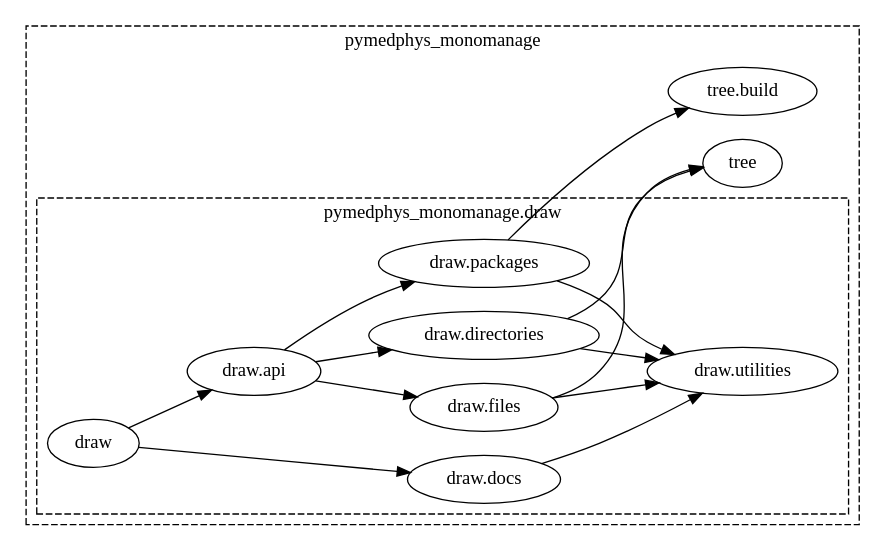
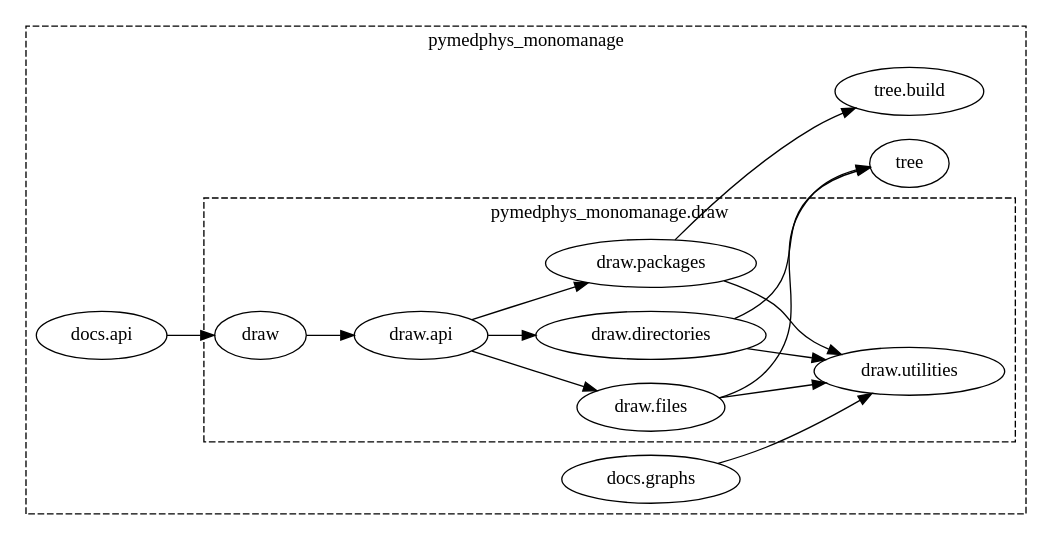
One commit to pymedphys/pymedphys changed the diagram in docs/graphs/pymedphys_monomanage.draw.dot. Above: the diagram before and after it, drawn with Graphviz. The commit also changed 3 other files, not shown here.

```diff
--- a/docs/graphs/pymedphys_monomanage.draw.dot
+++ b/docs/graphs/pymedphys_monomanage.draw.dot
@@ -1,56 +1,58 @@
 strict digraph {
 	graph [rankdir=LR];
 	subgraph cluster_0 {
 		graph [URL="#pymedphys-monomanage",
 			label=pymedphys_monomanage,
 			style=dashed
 		];
 		subgraph cluster_1 {
 			graph [URL="#pymedphys-monomanage-draw",
 				label="pymedphys_monomanage.draw"
 			];
 			{
 				graph [rank=same];
 				"pymedphys_monomanage.draw.utilities"				 [URL="https://github.com/pymedphys/pymedphys/blob/master/packages/pymedphys_monomanage/src/pymedphys_monomanage/draw/utilities.py",
 					label="draw.utilities"];
 			}
 			{
 				graph [rank=same];
 				"pymedphys_monomanage.draw.directories"				 [URL="https://github.com/pymedphys/pymedphys/blob/master/packages/pymedphys_monomanage/src/pymedphys_monomanage/draw/directories.py",
 					label="draw.directories"];
-				"pymedphys_monomanage.draw.docs"				 [URL="https://github.com/pymedphys/pymedphys/blob/master/packages/pymedphys_monomanage/src/pymedphys_monomanage/draw/docs.py",
-					label="draw.docs"];
 				"pymedphys_monomanage.draw.files"				 [URL="https://github.com/pymedphys/pymedphys/blob/master/packages/pymedphys_monomanage/src/pymedphys_monomanage/draw/files.py",
 					label="draw.files"];
 				"pymedphys_monomanage.draw.packages"				 [URL="https://github.com/pymedphys/pymedphys/blob/master/packages/pymedphys_monomanage/src/pymedphys_monomanage/draw/packages.py",
 					label="draw.packages"];
 			}
 			{
 				graph [rank=same];
 				"pymedphys_monomanage.draw.api"				 [URL="https://github.com/pymedphys/pymedphys/blob/master/packages/pymedphys_monomanage/src/pymedphys_monomanage/draw/api.py",
 					label="draw.api"];
 			}
 			{
 				graph [rank=same];
 				"pymedphys_monomanage.draw"				 [URL="https://github.com/pymedphys/pymedphys/blob/master/packages/pymedphys_monomanage/src/pymedphys_monomanage/draw",
 					label=draw];
 			}
 		}
+		"pymedphys_monomanage.docs.api"		 [URL="https://github.com/pymedphys/pymedphys/blob/master/packages/pymedphys_monomanage/src/pymedphys_monomanage/docs/api.py",
+			label="docs.api"];
+		"pymedphys_monomanage.docs.graphs"		 [URL="https://github.com/pymedphys/pymedphys/blob/master/packages/pymedphys_monomanage/src/pymedphys_monomanage/docs/graphs.py",
+			label="docs.graphs"];
 		"pymedphys_monomanage.tree"		 [URL="https://github.com/pymedphys/pymedphys/blob/master/packages/pymedphys_monomanage/src/pymedphys_monomanage/tree",
 			label=tree];
 		"pymedphys_monomanage.tree.build"		 [URL="https://github.com/pymedphys/pymedphys/blob/master/packages/pymedphys_monomanage/src/pymedphys_monomanage/tree/build.py",
 			label="tree.build"];
 	}
+	"pymedphys_monomanage.docs.api" -> "pymedphys_monomanage.draw";
+	"pymedphys_monomanage.docs.graphs" -> "pymedphys_monomanage.draw.utilities";
 	"pymedphys_monomanage.draw.directories" -> "pymedphys_monomanage.tree";
 	"pymedphys_monomanage.draw.directories" -> "pymedphys_monomanage.draw.utilities";
-	"pymedphys_monomanage.draw.docs" -> "pymedphys_monomanage.draw.utilities";
 	"pymedphys_monomanage.draw.files" -> "pymedphys_monomanage.tree";
 	"pymedphys_monomanage.draw.files" -> "pymedphys_monomanage.draw.utilities";
 	"pymedphys_monomanage.draw.packages" -> "pymedphys_monomanage.tree.build";
 	"pymedphys_monomanage.draw.packages" -> "pymedphys_monomanage.draw.utilities";
 	"pymedphys_monomanage.draw.api" -> "pymedphys_monomanage.draw.directories";
 	"pymedphys_monomanage.draw.api" -> "pymedphys_monomanage.draw.files";
 	"pymedphys_monomanage.draw.api" -> "pymedphys_monomanage.draw.packages";
-	"pymedphys_monomanage.draw" -> "pymedphys_monomanage.draw.docs";
 	"pymedphys_monomanage.draw" -> "pymedphys_monomanage.draw.api";
 }
```
